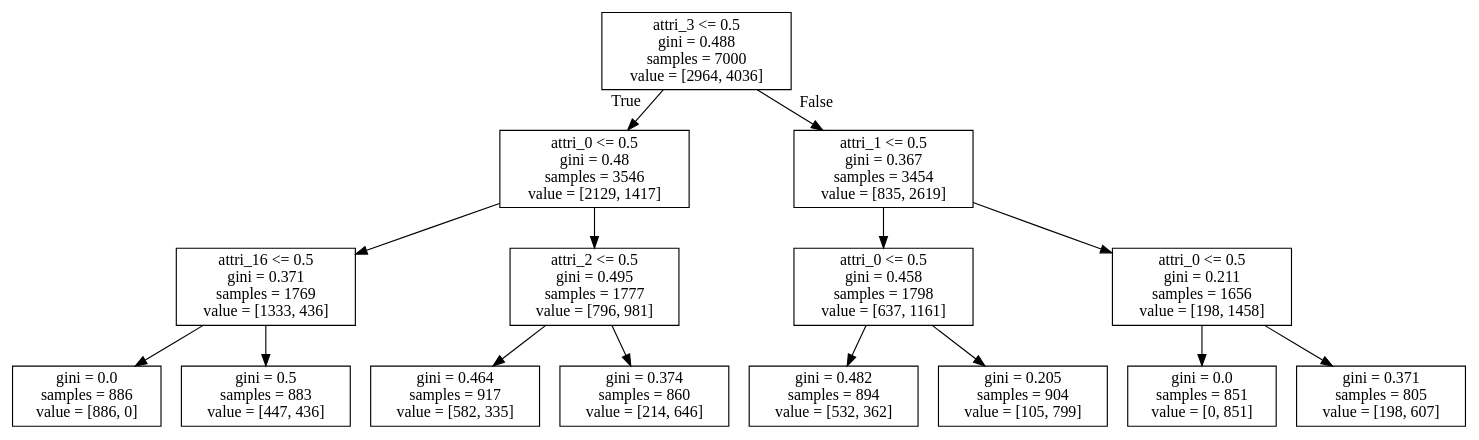
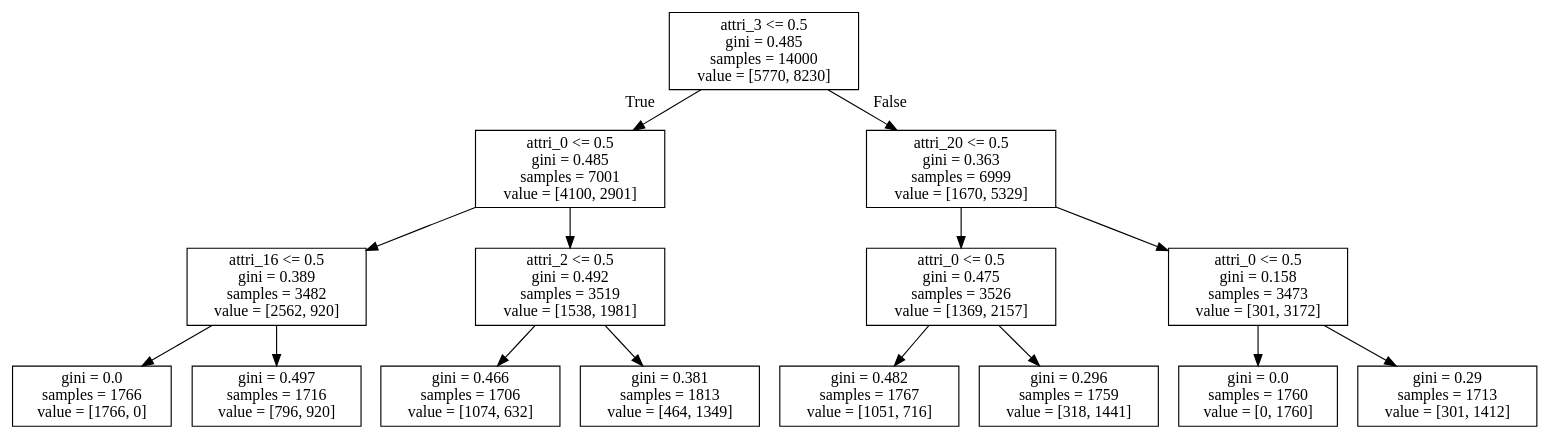
The diagram in Decision_Tree/models/decision_tree_depth3.dot (ElektrischesSchaf/Data_Mining_2019_Projects), drawn with Graphviz before and after one commit. The commit also changed 5 other files, not shown here.

```diff
--- a/Decision_Tree/models/decision_tree_depth3.dot
+++ b/Decision_Tree/models/decision_tree_depth3.dot
@@ -1,32 +1,32 @@
 digraph Tree {
 node [shape=box] ;
-0 [label="attri_3 <= 0.5\ngini = 0.488\nsamples = 7000\nvalue = [2964, 4036]"] ;
-1 [label="attri_0 <= 0.5\ngini = 0.48\nsamples = 3546\nvalue = [2129, 1417]"] ;
+0 [label="attri_3 <= 0.5\ngini = 0.485\nsamples = 14000\nvalue = [5770, 8230]"] ;
+1 [label="attri_0 <= 0.5\ngini = 0.485\nsamples = 7001\nvalue = [4100, 2901]"] ;
 0 -> 1 [labeldistance=2.5, labelangle=45, headlabel="True"] ;
-2 [label="attri_16 <= 0.5\ngini = 0.371\nsamples = 1769\nvalue = [1333, 436]"] ;
+2 [label="attri_16 <= 0.5\ngini = 0.389\nsamples = 3482\nvalue = [2562, 920]"] ;
 1 -> 2 ;
-3 [label="gini = 0.0\nsamples = 886\nvalue = [886, 0]"] ;
+3 [label="gini = 0.0\nsamples = 1766\nvalue = [1766, 0]"] ;
 2 -> 3 ;
-4 [label="gini = 0.5\nsamples = 883\nvalue = [447, 436]"] ;
+4 [label="gini = 0.497\nsamples = 1716\nvalue = [796, 920]"] ;
 2 -> 4 ;
-5 [label="attri_2 <= 0.5\ngini = 0.495\nsamples = 1777\nvalue = [796, 981]"] ;
+5 [label="attri_2 <= 0.5\ngini = 0.492\nsamples = 3519\nvalue = [1538, 1981]"] ;
 1 -> 5 ;
-6 [label="gini = 0.464\nsamples = 917\nvalue = [582, 335]"] ;
+6 [label="gini = 0.466\nsamples = 1706\nvalue = [1074, 632]"] ;
 5 -> 6 ;
-7 [label="gini = 0.374\nsamples = 860\nvalue = [214, 646]"] ;
+7 [label="gini = 0.381\nsamples = 1813\nvalue = [464, 1349]"] ;
 5 -> 7 ;
-8 [label="attri_1 <= 0.5\ngini = 0.367\nsamples = 3454\nvalue = [835, 2619]"] ;
+8 [label="attri_20 <= 0.5\ngini = 0.363\nsamples = 6999\nvalue = [1670, 5329]"] ;
 0 -> 8 [labeldistance=2.5, labelangle=-45, headlabel="False"] ;
-9 [label="attri_0 <= 0.5\ngini = 0.458\nsamples = 1798\nvalue = [637, 1161]"] ;
+9 [label="attri_0 <= 0.5\ngini = 0.475\nsamples = 3526\nvalue = [1369, 2157]"] ;
 8 -> 9 ;
-10 [label="gini = 0.482\nsamples = 894\nvalue = [532, 362]"] ;
+10 [label="gini = 0.482\nsamples = 1767\nvalue = [1051, 716]"] ;
 9 -> 10 ;
-11 [label="gini = 0.205\nsamples = 904\nvalue = [105, 799]"] ;
+11 [label="gini = 0.296\nsamples = 1759\nvalue = [318, 1441]"] ;
 9 -> 11 ;
-12 [label="attri_0 <= 0.5\ngini = 0.211\nsamples = 1656\nvalue = [198, 1458]"] ;
+12 [label="attri_0 <= 0.5\ngini = 0.158\nsamples = 3473\nvalue = [301, 3172]"] ;
 8 -> 12 ;
-13 [label="gini = 0.0\nsamples = 851\nvalue = [0, 851]"] ;
+13 [label="gini = 0.0\nsamples = 1760\nvalue = [0, 1760]"] ;
 12 -> 13 ;
-14 [label="gini = 0.371\nsamples = 805\nvalue = [198, 607]"] ;
+14 [label="gini = 0.29\nsamples = 1713\nvalue = [301, 1412]"] ;
 12 -> 14 ;
 }
```
